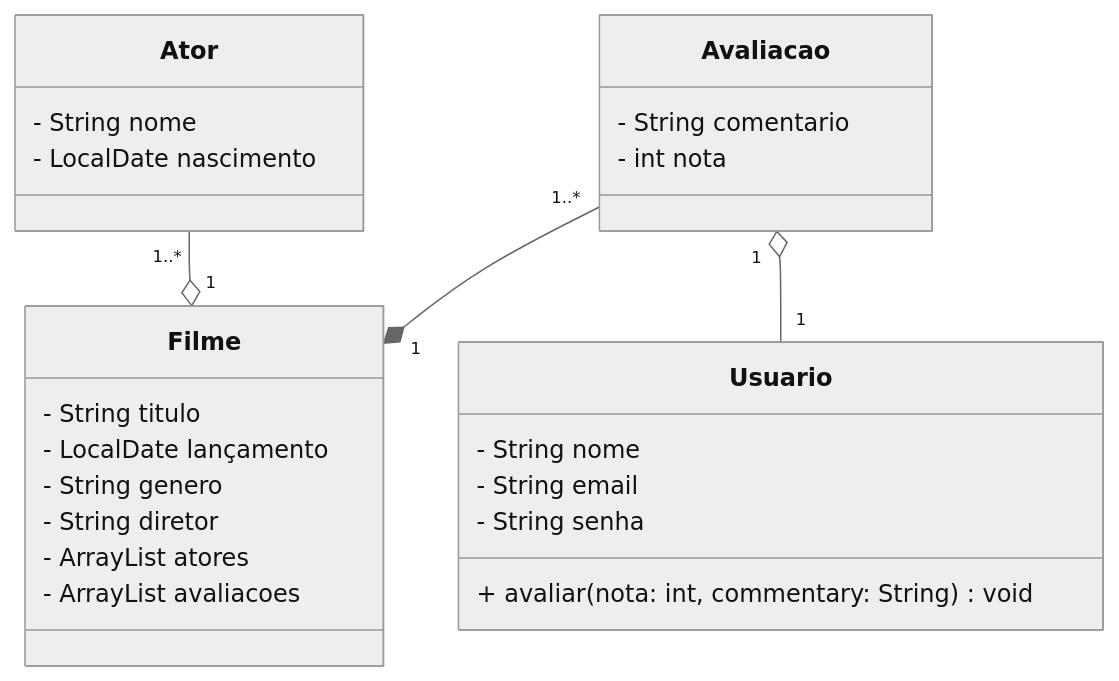
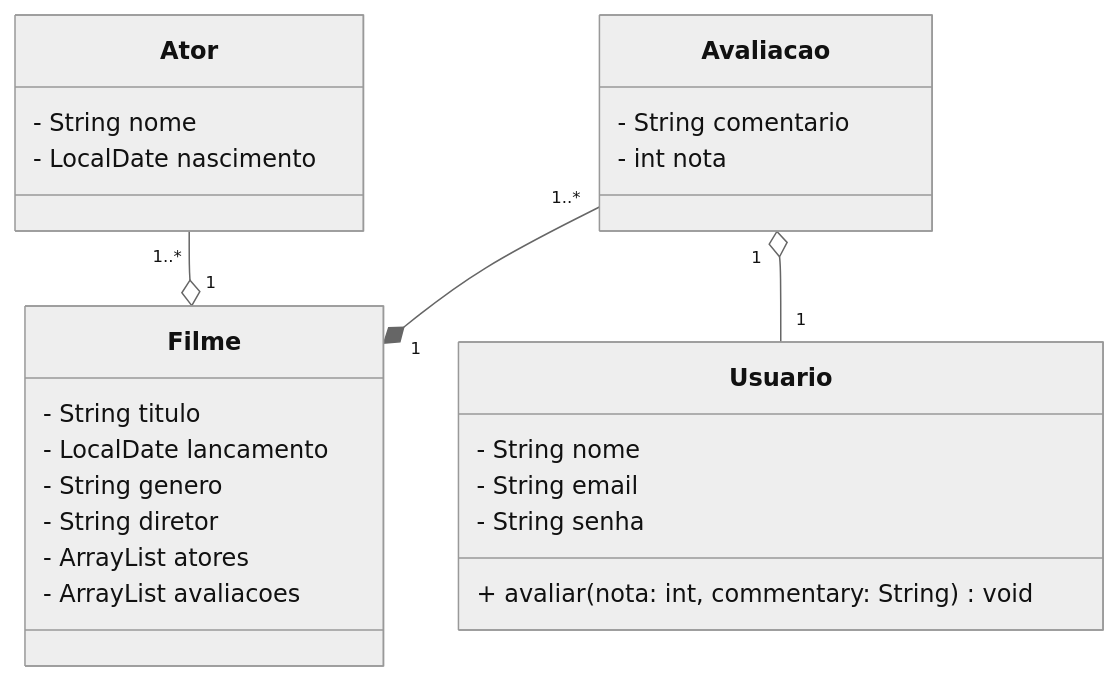
Before and after one commit to Aluno55/POO: the diagram in lab-04/app/src/main/java/engtelecom/poo/README2.md, drawn with Mermaid (neutral theme). The commit also changed other lines of this file, not shown here.

Commit message:
tiny lil detail

````diff
--- a/lab-04/app/src/main/java/engtelecom/poo/README2.md
+++ b/lab-04/app/src/main/java/engtelecom/poo/README2.md
@@ -1,29 +1,29 @@
 ```mermaid
 classDiagram
     class Filme{
         - String titulo
-        - LocalDate lançamento
+        - LocalDate lancamento
         - String genero
         - String diretor
         - ArrayList <Ator> atores
         - ArrayList <Avaliacao> avaliacoes
     }
     class Ator{
         - String nome
         - LocalDate nascimento
     }
     class Avaliacao{
         - String comentario
         - int nota
 
     }
     Ator "1..*"--o"1" Filme
     Avaliacao "1..*"--*"1" Filme
     Avaliacao "1"o--"1" Usuario
     class Usuario{
         - String nome
         - String email
         - String senha
         + avaliar(nota: int, commentary: String) void
     }
 ```
````
